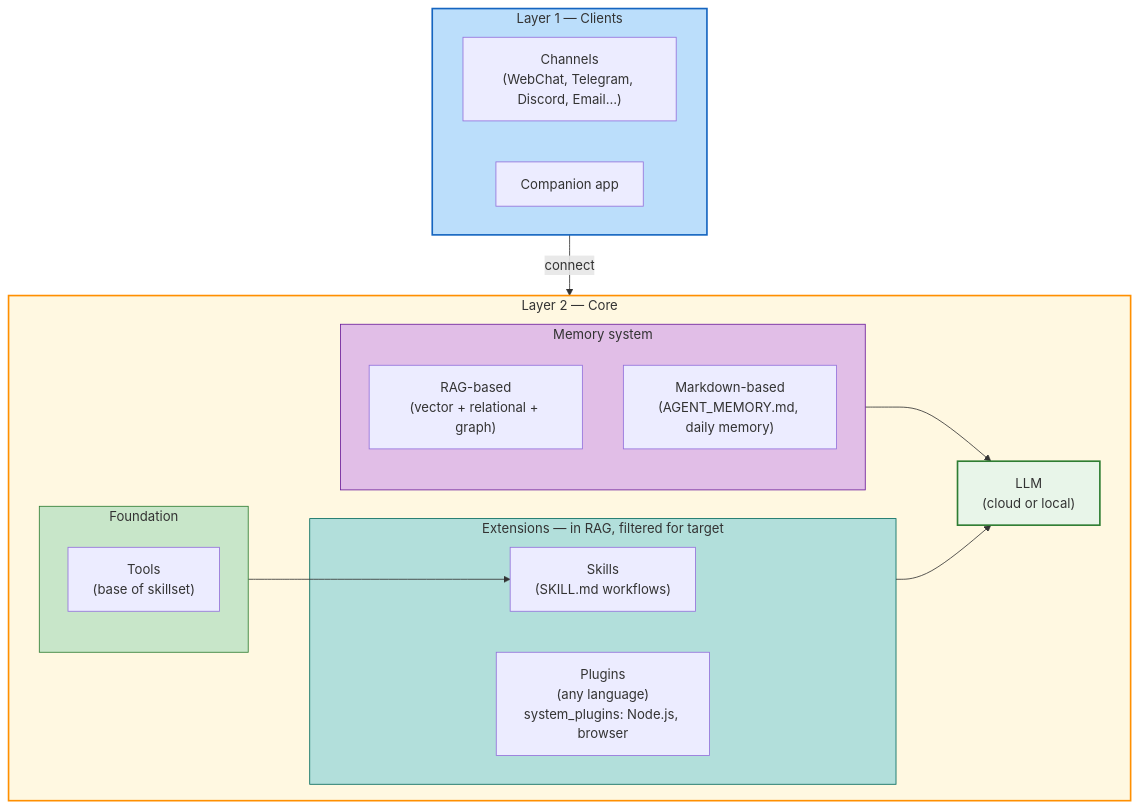
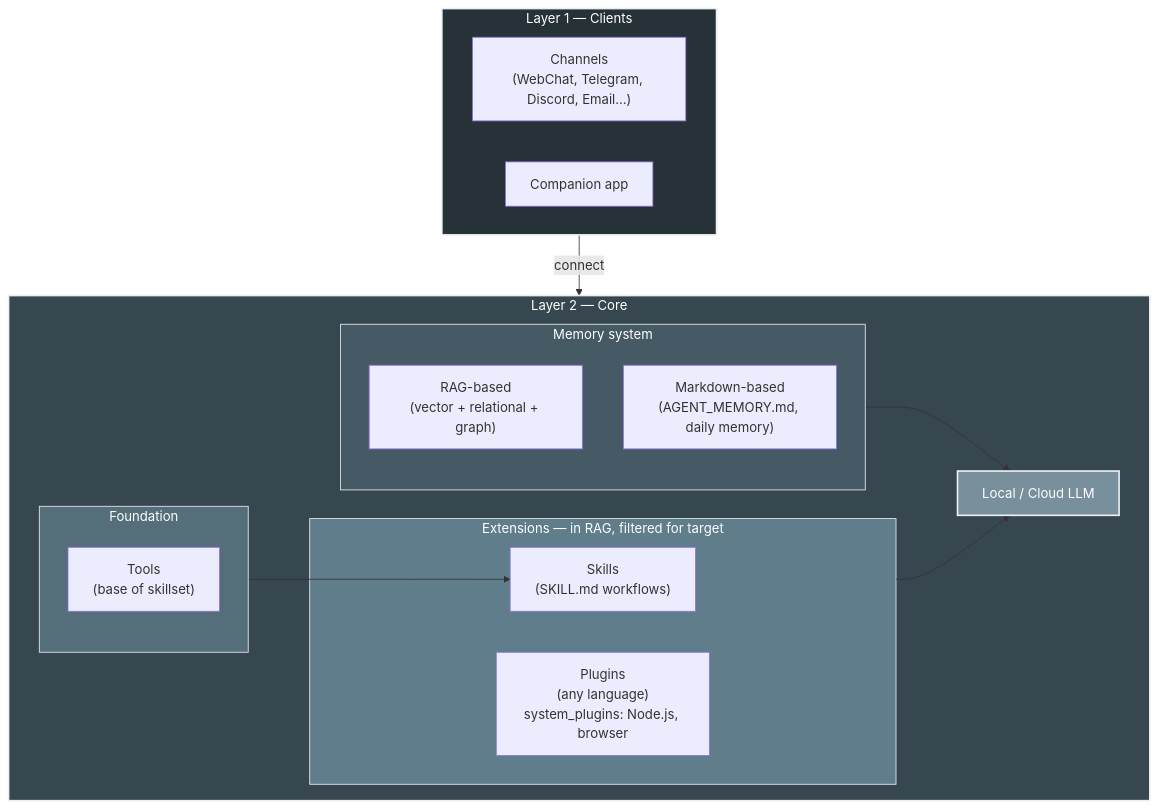
The first of 3 diagrams in README.md (allenpeng0705/HomeClaw), drawn with Mermaid before and after one commit.

````diff
--- a/README.md
+++ b/README.md
@@ -56,35 +56,35 @@
 ```mermaid
 flowchart TB
   subgraph Clients["Layer 1 — Clients"]
     direction LR
     CH["Channels\n(WebChat, Telegram, Discord, Email…)"]
     APP["Companion app"]
   end
 
   subgraph Core["Layer 2 — Core"]
     subgraph Memory["Memory system"]
       RAG["RAG-based\n(vector + relational + graph)"]
       MD["Markdown-based\n(AGENT_MEMORY.md, daily memory)"]
     end
     subgraph Base["Foundation"]
       T["Tools\n(base of skillset)"]
     end
     subgraph Ext["Extensions — in RAG, filtered for target"]
       S["Skills\n(SKILL.md workflows)"]
       P["Plugins\n(any language)\nsystem_plugins: Node.js, browser"]
     end
-    LLM["LLM\n(cloud or local)"]
+    LLM["Local / Cloud LLM"]
   end
 
   Clients -->|"connect"| Core
   Memory --> LLM
   Base --> S
   Ext --> LLM
 
-  style Clients fill:#BBDEFB,stroke:#1565C0,stroke-width:2px
-  style Core fill:#FFF8E1,stroke:#FF8F00,stroke-width:2px
-  style Memory fill:#E1BEE7,stroke:#6A1B9A,stroke-width:1px
-  style Base fill:#C8E6C9,stroke:#2E7D32,stroke-width:1px
-  style Ext fill:#B2DFDB,stroke:#00695C,stroke-width:1px
-  style LLM fill:#E8F5E9,stroke:#2E7D32,stroke-width:2px
+  style Clients fill:#263238,stroke:#eceff1,stroke-width:2px,color:#fff
+  style Core fill:#37474f,stroke:#eceff1,stroke-width:2px,color:#fff
+  style Memory fill:#455a64,stroke:#eceff1,stroke-width:1px,color:#fff
+  style Base fill:#546e7a,stroke:#eceff1,stroke-width:1px,color:#fff
+  style Ext fill:#607d8b,stroke:#eceff1,stroke-width:1px,color:#fff
+  style LLM fill:#78909c,stroke:#eceff1,stroke-width:2px,color:#fff
 ```
````
